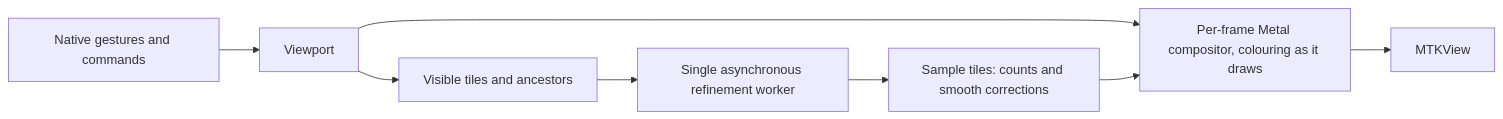
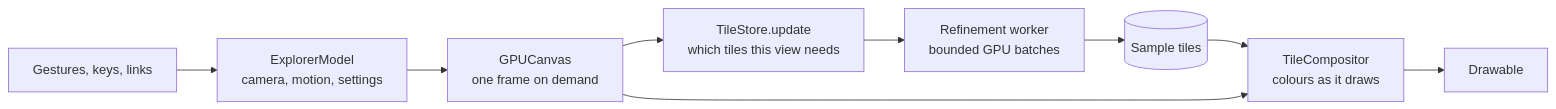
Before and after one commit to drquicksilver/swift-mandelbrot: the diagram in docs/Architecture.md, drawn with Mermaid. The commit also changed other lines of this file and 14 other files, not shown here.

````diff
--- a/docs/Architecture.md
+++ b/docs/Architecture.md
@@ -9,10 +16,11 @@
 ```mermaid
 flowchart LR
-    Input[Native gestures and commands] --> Viewport
-    Viewport --> Demand[Visible tiles and ancestors]
-    Demand --> Worker[Single asynchronous refinement worker]
-    Worker --> Cache[Sample tiles: counts and smooth corrections]
-    Viewport --> Compose[Per-frame Metal compositor, colouring as it draws]
-    Cache --> Compose
-    Compose --> MTKView
+    Input[Gestures, keys, links] --> Model[ExplorerModel<br/>camera, motion, settings]
+    Model --> Canvas[GPUCanvas<br/>one frame on demand]
+    Canvas --> Demand[TileStore.update<br/>which tiles this view needs]
+    Demand --> Worker[Refinement worker<br/>bounded GPU batches]
+    Worker --> Cache[(Sample tiles)]
+    Cache --> Compose[TileCompositor<br/>colours as it draws]
+    Canvas --> Compose
+    Compose --> Screen[Drawable]
 ```
````
